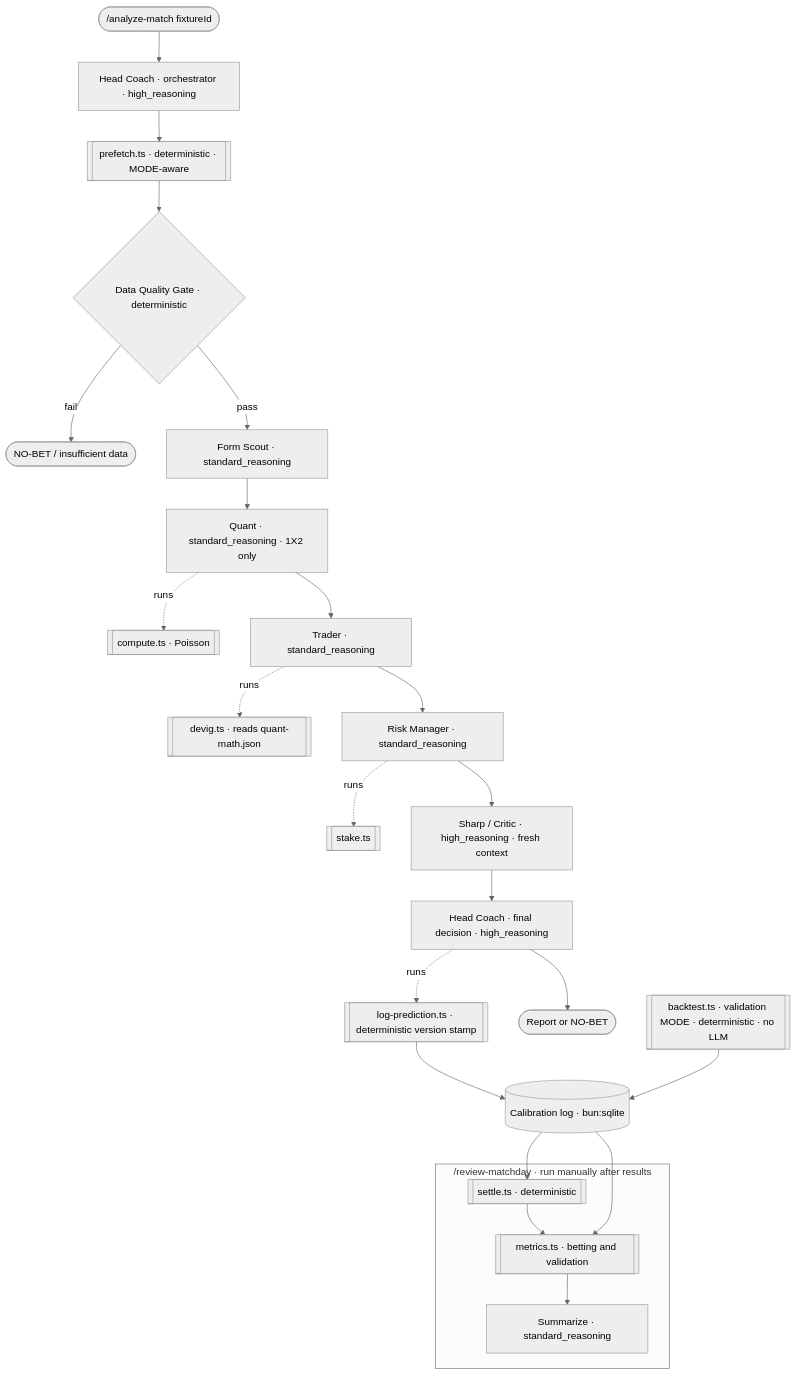
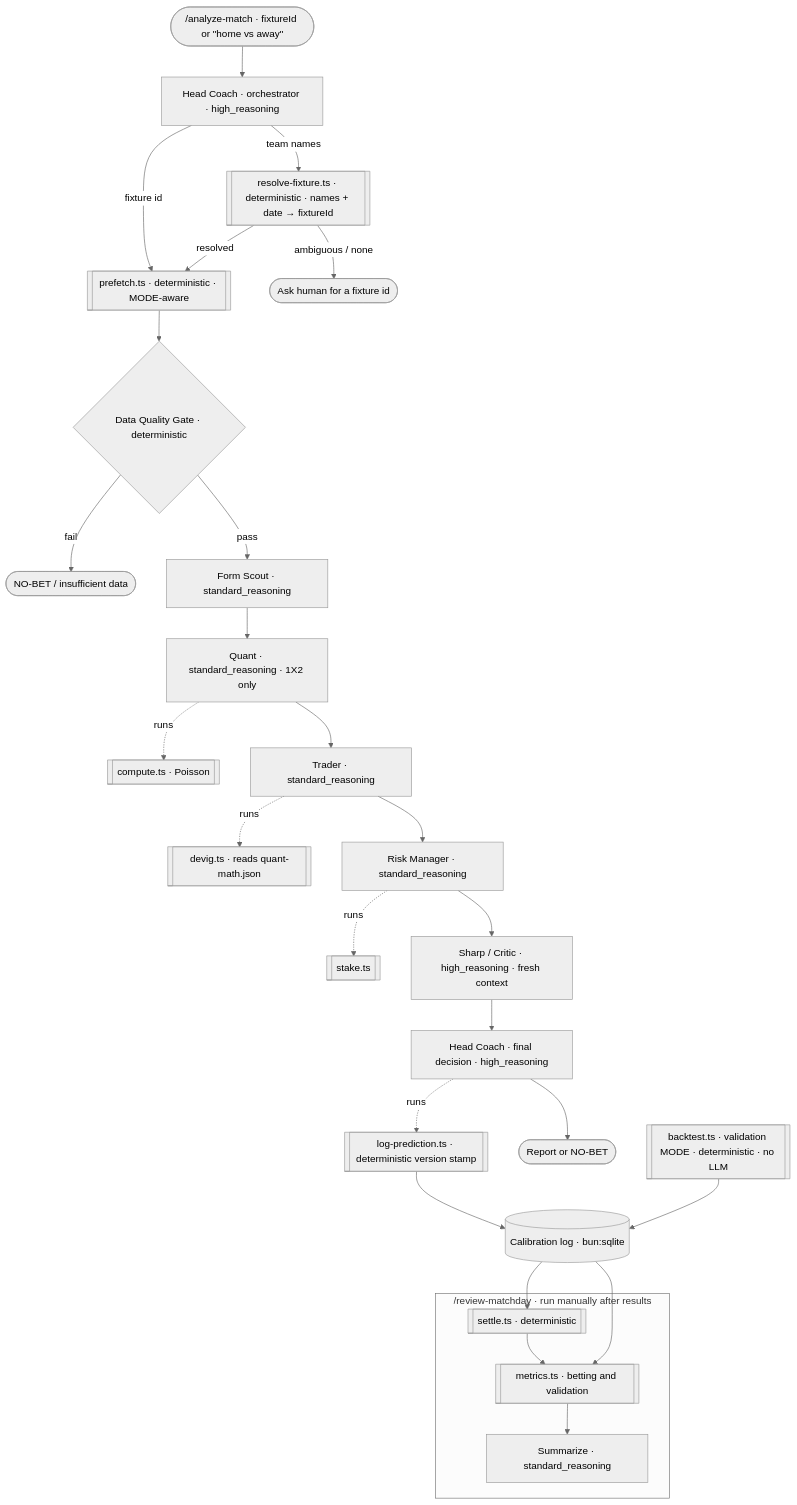
One commit to super-kamil/backroom changed the diagram in AGENTS.md. Above: the diagram before and after it, drawn with Mermaid (neutral theme). The commit also changed other lines of this file and 9 other files, not shown here.

First line of the commit message:
feat(resolve): drive /analyze-match by team name + date, not just a fixture id

````diff
--- a/AGENTS.md
+++ b/AGENTS.md
@@ -116,25 +118,28 @@
 ```mermaid
 flowchart TD
-    U([/analyze-match fixtureId]) --> HC[Head Coach · orchestrator · high_reasoning]
-    HC --> PF[[prefetch.ts · deterministic · MODE-aware]]
+    U(["/analyze-match · fixtureId or &quot;home vs away&quot;"]) --> HC[Head Coach · orchestrator · high_reasoning]
+    HC -->|team names| RES[[resolve-fixture.ts · deterministic · names + date → fixtureId]]
+    HC -->|fixture id| PF[[prefetch.ts · deterministic · MODE-aware]]
+    RES -->|resolved| PF
+    RES -->|ambiguous / none| ASK([Ask human for a fixture id])
     PF --> DQ{Data Quality Gate · deterministic}
     DQ -->|fail| NB([NO-BET / insufficient data])
     DQ -->|pass| FS[Form Scout · standard_reasoning]
     FS --> Q[Quant · standard_reasoning · 1X2 only]
     Q -. runs .-> CM[[compute.ts · Poisson]]
     Q --> T[Trader · standard_reasoning]
     T -. runs .-> DV[[devig.ts · reads quant-math.json]]
     T --> RM[Risk Manager · standard_reasoning]
     RM -. runs .-> ST[[stake.ts]]
     RM --> SH[Sharp / Critic · high_reasoning · fresh context]
     SH --> DEC[Head Coach · final decision · high_reasoning]
     DEC -. runs .-> LP[[log-prediction.ts · deterministic version stamp]]
     DEC --> OUT([Report or NO-BET])
     LP --> LOG[(Calibration log · bun:sqlite)]
     BT[[backtest.ts · validation MODE · deterministic · no LLM]] --> LOG
     subgraph Review["/review-matchday · run manually after results"]
       SET[[settle.ts · deterministic]] --> MET[[metrics.ts · betting and validation]] --> SUM[Summarize · standard_reasoning]
     end
     LOG --> SET
     LOG --> MET
 ```
````
